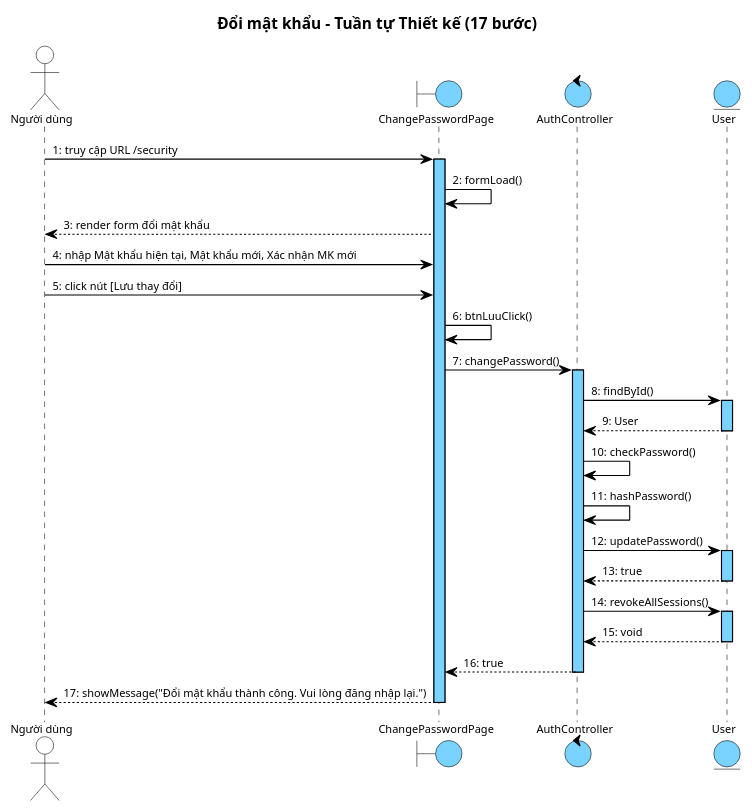
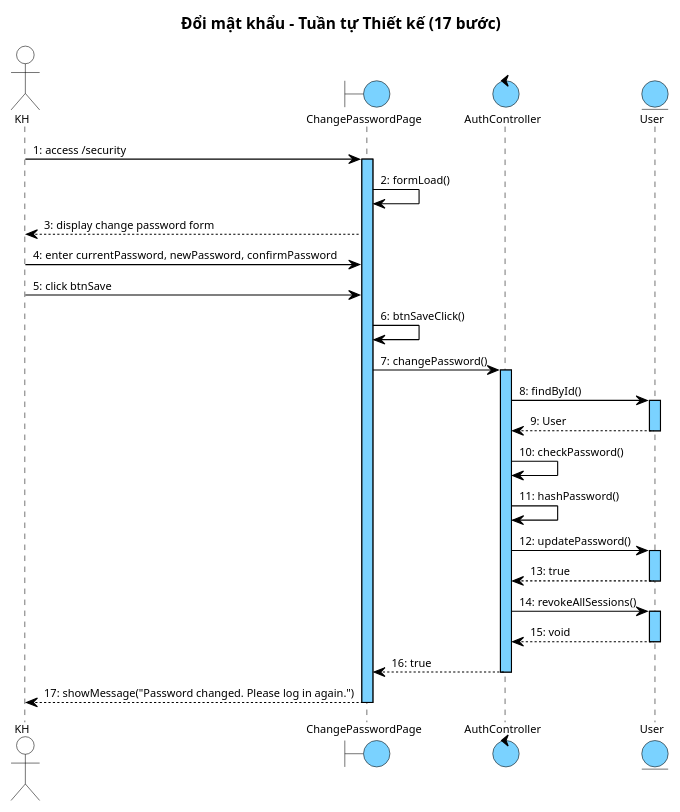
Before and after one commit to thanhtrnnn/cnpm: the sixth of 8 diagrams in docs/tabs/account/iii-design.md, drawn with PlantUML. The commit also changed other lines of this file and 3 other files, not shown here.

First line of the commit message:
fix: PlantUML arrow labels → English; section II.4 scenarios use bullets

````diff
--- a/docs/tabs/account/iii-design.md
+++ b/docs/tabs/account/iii-design.md
@@ -868,18 +868,18 @@
 </style>
 title Đổi mật khẩu – Tuần tự Thiết kế (17 bước)
 
-actor "Người dùng" as User
+actor "KH" as KH
 boundary ChangePasswordPage as B1
 control AuthController as C1
 entity User as E1
 
-User -> B1 : 1: truy cập URL /security
+KH -> B1 : 1: access /security
 activate B1
 B1 -> B1 : 2: formLoad()
-B1 --> User : 3: render form đổi mật khẩu
-User -> B1 : 4: nhập Mật khẩu hiện tại, Mật khẩu mới, Xác nhận MK mới
-User -> B1 : 5: click nút [Lưu thay đổi]
-B1 -> B1 : 6: btnLuuClick()
+B1 --> KH : 3: display change password form
+KH -> B1 : 4: enter currentPassword, newPassword, confirmPassword
+KH -> B1 : 5: click btnSave
+B1 -> B1 : 6: btnSaveClick()
 B1 -> C1 : 7: changePassword()
 activate C1
 C1 -> E1 : 8: findById()
@@ -898,7 +898,7 @@
 deactivate E1
 C1 --> B1 : 16: true
 deactivate C1
-B1 --> User : 17: showMessage("Đổi mật khẩu thành công. Vui lòng đăng nhập lại.")
+B1 --> KH : 17: showMessage("Password changed. Please log in again.")
 deactivate B1
 @enduml
 ```
````
